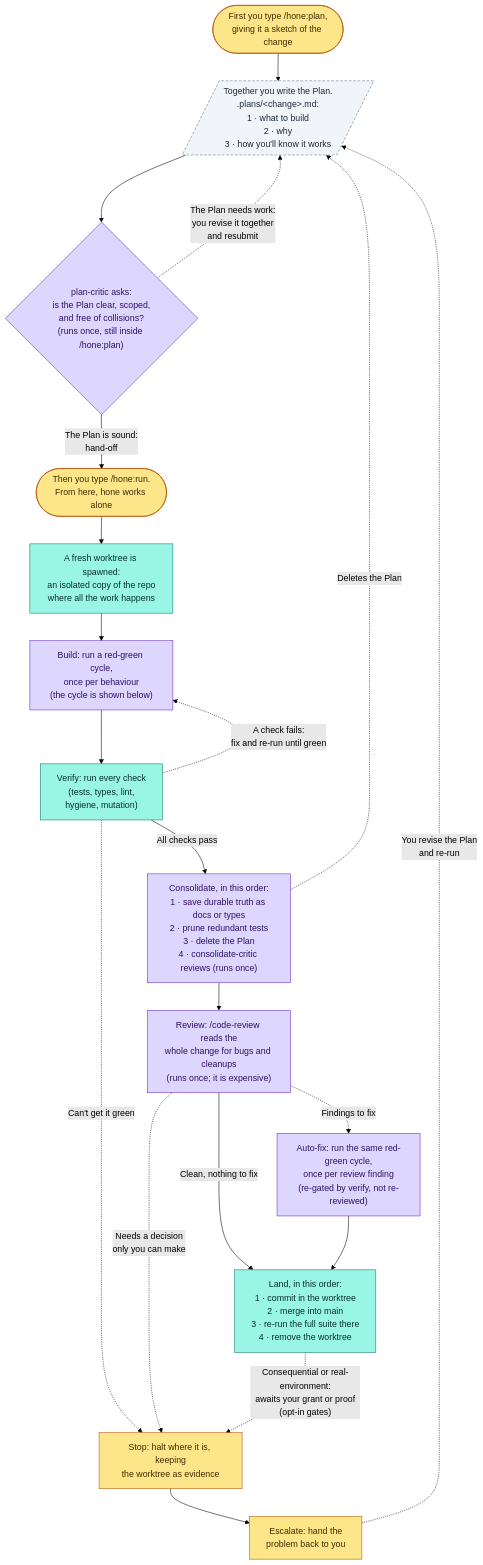
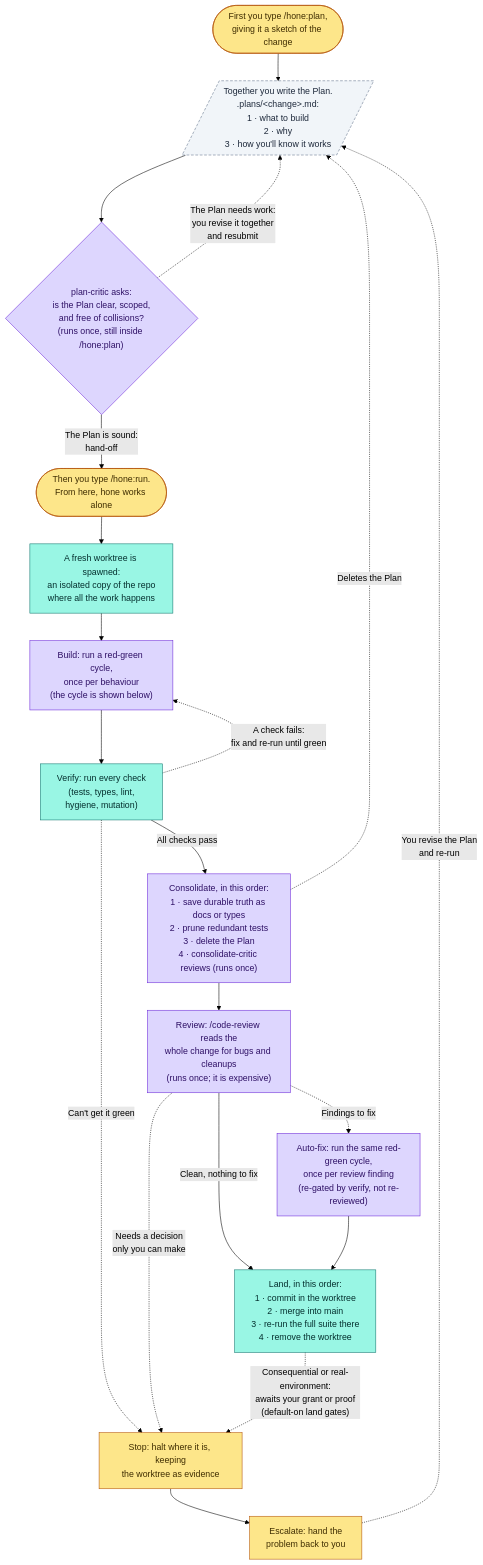
One commit to dominik-rehse/hone changed the third of 5 diagrams in docs/model.md. Above: the diagram before and after it, drawn with Mermaid (forest theme). The commit also changed other lines of this file and 11 other files, not shown here.

First line of the commit message:
feat(land): make the authority and proof gates on by default

````diff
--- a/docs/model.md
+++ b/docs/model.md
@@ -130,45 +130,45 @@
 ```mermaid
 flowchart TD
     cmdPlan(["First you type /hone:plan,<br/>giving it a sketch of the change"])
     planFile[/"Together you write the Plan.<br/>.plans/&lt;change&gt;.md:<br/>1 · what to build<br/>2 · why<br/>3 · how you'll know it works"/]
     cmdRun(["Then you type /hone:run.<br/>From here, hone works alone"])
     admit{"plan-critic asks:<br/>is the Plan clear, scoped,<br/>and free of collisions?<br/>(runs once, still inside /hone:plan)"}
     wt["A fresh worktree is spawned:<br/>an isolated copy of the repo<br/>where all the work happens"]
     build["Build: run a red-green cycle,<br/>once per behaviour<br/>(the cycle is shown below)"]
     verify["Verify: run every check<br/>(tests, types, lint,<br/>hygiene, mutation)"]
     cons["Consolidate, in this order:<br/>1 · save durable truth as docs or types<br/>2 · prune redundant tests<br/>3 · delete the Plan<br/>4 · consolidate-critic reviews (runs once)"]
     rev["Review: /code-review reads the<br/>whole change for bugs and cleanups<br/>(runs once; it is expensive)"]
     fix["Auto-fix: run the same red-green cycle,<br/>once per review finding<br/>(re-gated by verify, not re-reviewed)"]
     land["Land, in this order:<br/>1 · commit in the worktree<br/>2 · merge into main<br/>3 · re-run the full suite there<br/>4 · remove the worktree"]
     esc["Escalate: hand the<br/>problem back to you"]
     stop["Stop: halt where it is, keeping<br/>the worktree as evidence"]
 
     cmdPlan --> planFile
     planFile --> admit
     admit -->|"The Plan is sound:<br/>hand-off"| cmdRun
     admit -.->|"The Plan needs work:<br/>you revise it together<br/>and resubmit"| planFile
     cmdRun --> wt
     wt --> build
     build --> verify
     verify -->|"All checks pass"| cons
     verify -.->|"A check fails:<br/>fix and re-run until green"| build
     verify -.->|"Can't get it green"| stop
     cons --> rev
     cons -.->|"Deletes the Plan"| planFile
     rev -->|"Clean, nothing to fix"| land
     rev -.->|"Findings to fix"| fix
     fix --> land
     rev -.->|"Needs a decision<br/>only you can make"| stop
-    land -.->|"Consequential or real-environment:<br/>awaits your grant or proof<br/>(opt-in gates)"| stop
+    land -.->|"Consequential or real-environment:<br/>awaits your grant or proof<br/>(default-on land gates)"| stop
     stop --> esc
     esc -.->|"You revise the Plan<br/>and re-run"| planFile
 
     classDef human fill:#fde68a,stroke:#b45309,color:#3f2d00;
     classDef deterministic fill:#99f6e4,stroke:#0f766e,color:#042f2e;
     classDef stochastic fill:#ddd6fe,stroke:#6d28d9,color:#2e1065;
     classDef artifact fill:#f1f5f9,stroke:#64748b,color:#1e293b,stroke-dasharray:5 3;
     class cmdPlan,cmdRun,esc,stop human;
     class wt,verify,land deterministic;
     class admit,build,cons,rev,fix stochastic;
     class planFile artifact;
 ```
````
